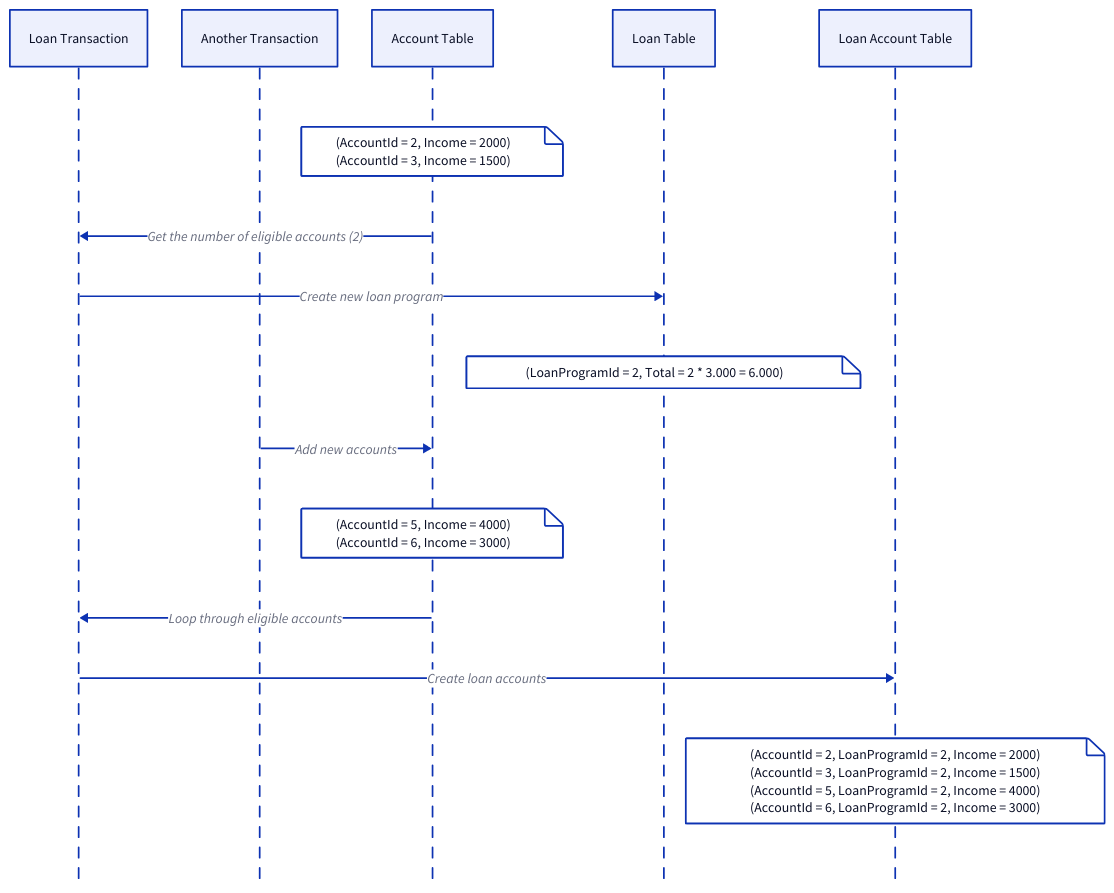
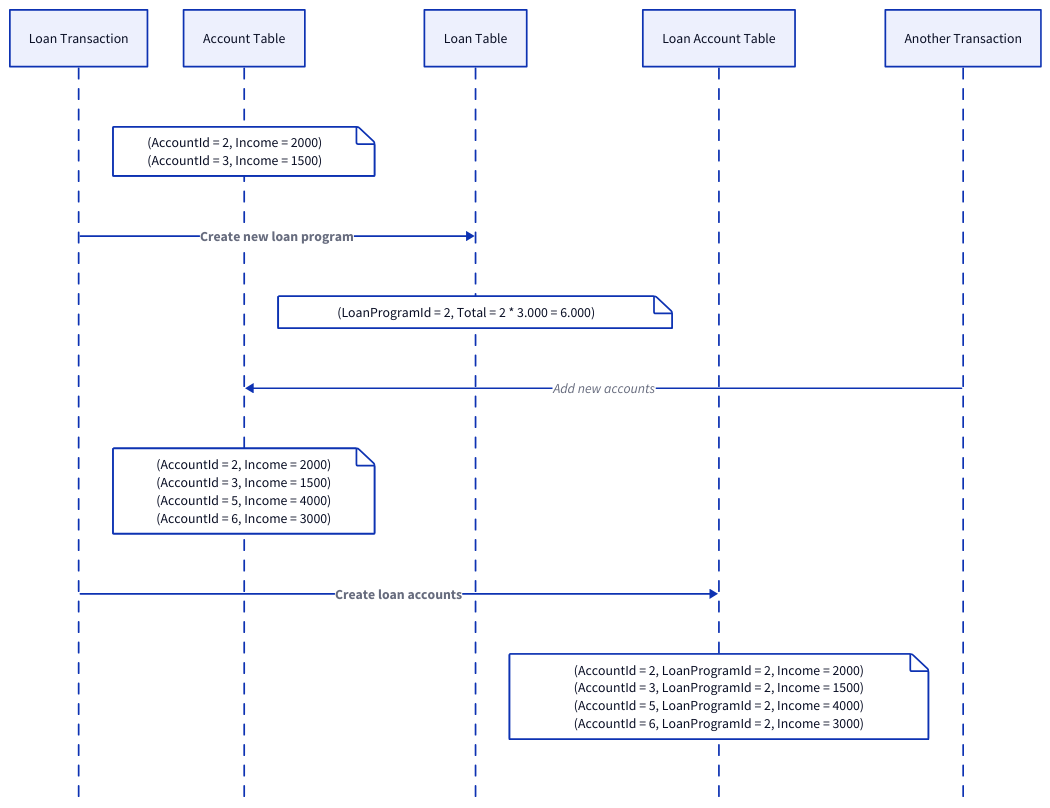
One commit to link1905/system-design-101 changed diagram 23 of 29 in content/docs/data-persistence/sql-database/concurrency-control.md. Above: the diagram before and after it, drawn with D2. The commit also changed other lines of this file and 40 other files, not shown here.

````diff
--- a/content/docs/data-persistence/sql-database/concurrency-control.md
+++ b/content/docs/data-persistence/sql-database/concurrency-control.md
@@ -671,43 +690,45 @@
 ```d2
 shape: sequence_diagram
 t: Loan Transaction
-t1: Another Transaction
 a: Account Table
 l: Loan Table
 la: Loan Account Table
+t1: Another Transaction
 a {
     old: |||yaml
     (AccountId = 2, Income = 2000)
     (AccountId = 3, Income = 1500)
     |||
 }
-t <- a: 'Get the number of eligible accounts (2)'
-t -> l: 'Create new loan program'
+t -> l: 'Create new loan program' {
+  style.bold: true
+}
 l {
     old: |||yaml
     (LoanProgramId = 2, Total = 2 * 3.000 = 6.000)
     |||
 }
 
 t1 -> a: Add new accounts {
     class: error-conn
 }
 a {
     new: |||yaml
+    (AccountId = 2, Income = 2000)
+    (AccountId = 3, Income = 1500)
     (AccountId = 5, Income = 4000)
     (AccountId = 6, Income = 3000)
     |||
 }
-t <- a: Loop through eligible accounts {
-    class: error-conn
+t -> la: Create loan accounts {
+  style.bold: true
 }
-t -> la: Create loan accounts
 la {
     new: |||yaml
     (AccountId = 2, LoanProgramId = 2, Income = 2000)
     (AccountId = 3, LoanProgramId = 2, Income = 1500)
     (AccountId = 5, LoanProgramId = 2, Income = 4000)
     (AccountId = 6, LoanProgramId = 2, Income = 3000)
     |||
 }
 ```
````
